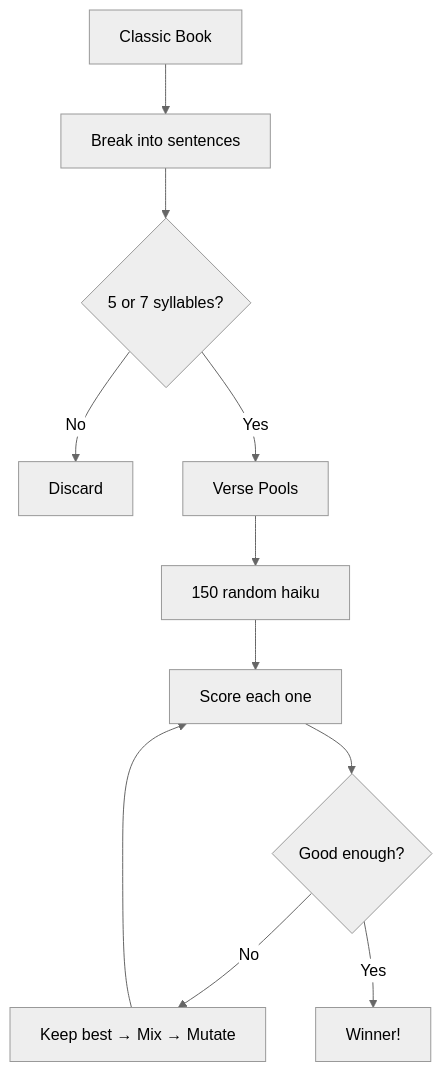
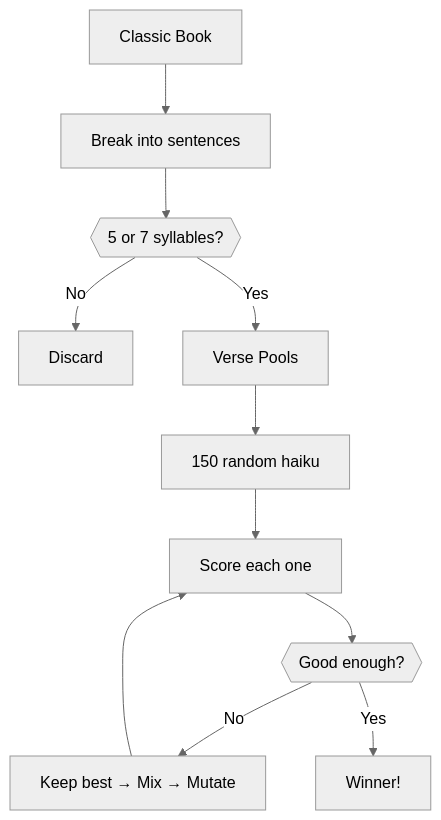
Before and after one commit to heristop/gutenku: the first of 2 diagrams in packages/front/content/2026-01-18-gutenku-technical-deep-dive.en.md, drawn with Mermaid (neutral theme). The commit also changed other lines of this file and 66654 other files, not shown here.

````diff
--- a/packages/front/content/2026-01-18-gutenku-technical-deep-dive.en.md
+++ b/packages/front/content/2026-01-18-gutenku-technical-deep-dive.en.md
@@ -21,13 +21,13 @@
 ```mermaid
 flowchart TD
     A["Classic Book"] --> B["Break into sentences"]
-    B --> C{"5 or 7 syllables?"}
+    B --> C{{"5 or 7 syllables?"}}
     C -->|No| X["Discard"]
     C -->|Yes| D["Verse Pools"]
     D --> E["150 random haiku"]
     E --> F["Score each one"]
-    F --> G{"Good enough?"}
+    F --> G{{"Good enough?"}}
     G -->|No| H["Keep best → Mix → Mutate"]
     H --> F
-    G -->|Yes| I["Winner!"]
+    G -->|Yes| I["Winner!"]:::verdict
 ```
````
